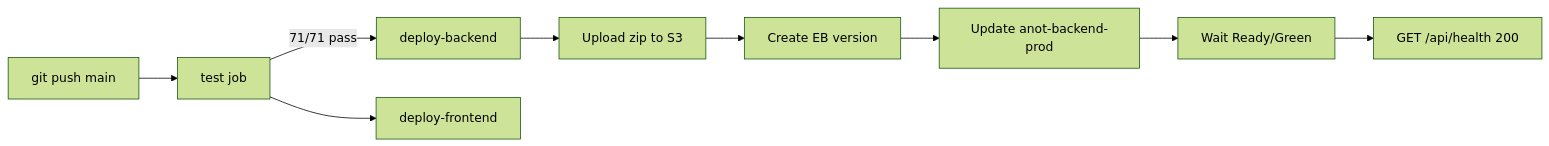
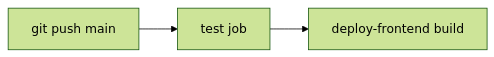
The diagram in docs/CI_CD_PIPELINE.md (1993ALINE/anot-health), drawn with Mermaid (forest theme) before and after one commit. The commit also changed other lines of this file and 4 other files, not shown here.

First line of the commit message:
ci: disable automated backend deploy, keep tests on push

````diff
--- a/docs/CI_CD_PIPELINE.md
+++ b/docs/CI_CD_PIPELINE.md
@@ -17,11 +17,5 @@
 ```mermaid
 flowchart LR
   push[git push main] --> test[test job]
-  test -->|71/71 pass| deploy[deploy-backend]
-  test --> frontend[deploy-frontend]
-  deploy --> s3[Upload zip to S3]
-  s3 --> eb[Create EB version]
-  eb --> update[Update anot-backend-prod]
-  update --> wait[Wait Ready/Green]
-  wait --> health[GET /api/health 200]
+  test --> frontend[deploy-frontend build]
 ```
````
